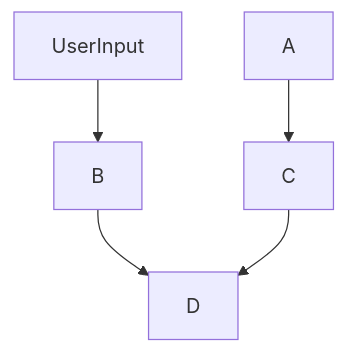
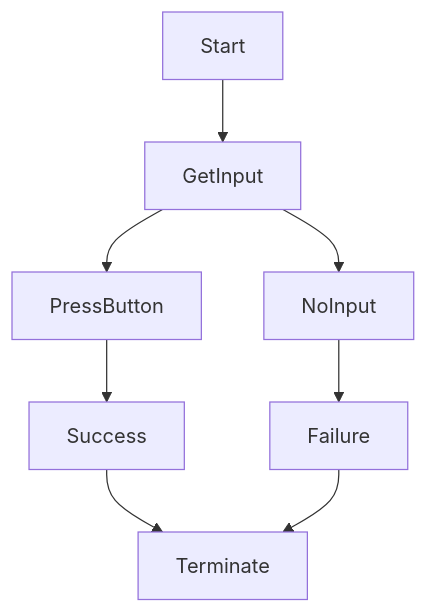
Before and after one commit to taylor-k8/Video-Game-Console: the diagram in CodeFlowchart.md, drawn with Mermaid.

````diff
--- a/CodeFlowchart.md
+++ b/CodeFlowchart.md
@@ -21,7 +21,10 @@
 ```mermaid
   graph TD;
-      UserInput-->B;
-      A-->C;
-      B-->D;
-      C-->D;
+      Start-->GetInput;
+      GetInput-->PressButton;
+      GetInput-->NoInput;
+      PressButton-->Success;
+      NoInput-->Failure;
+      Success-->Terminate;
+      Failure-->Terminate;
 ```
````
